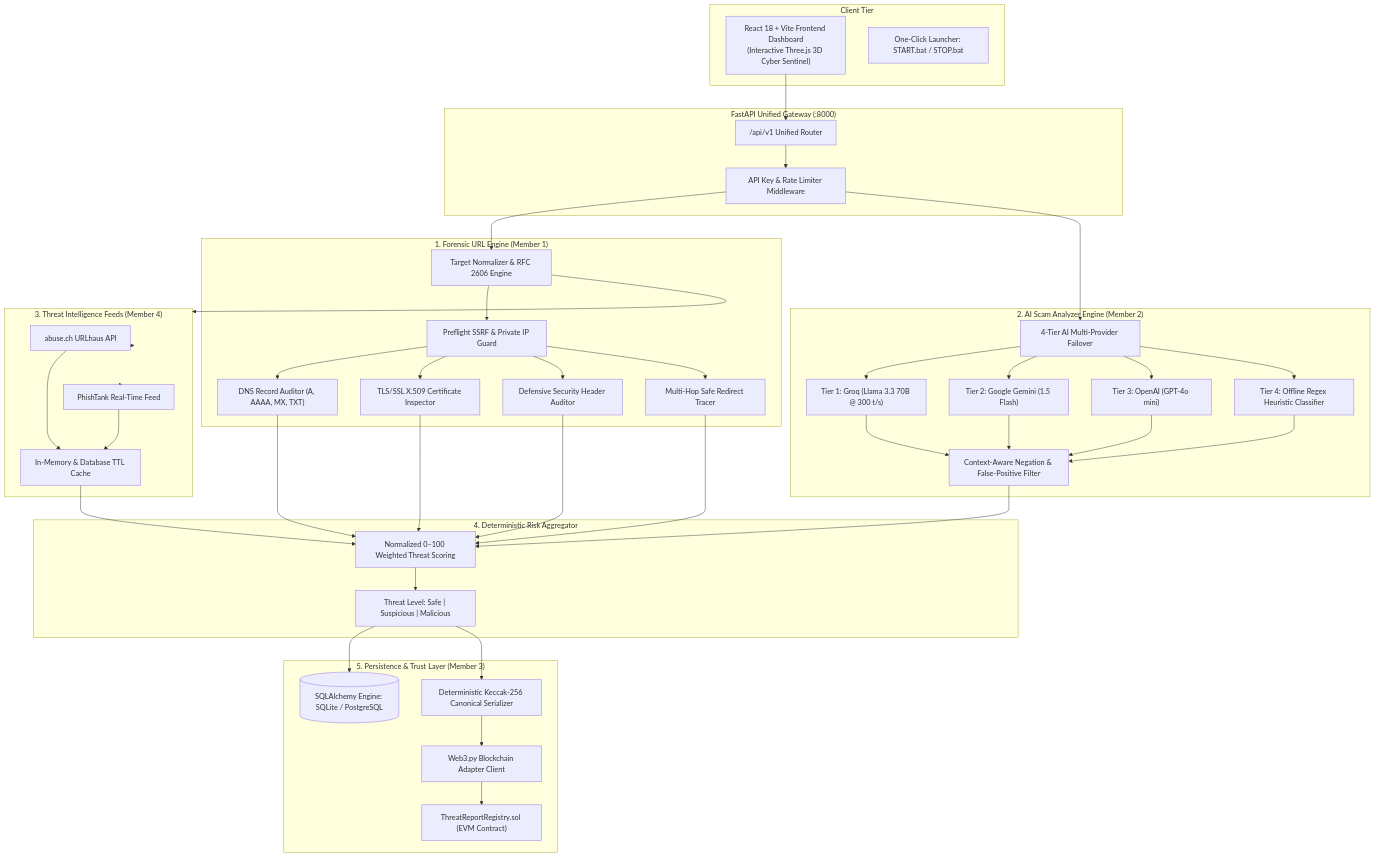
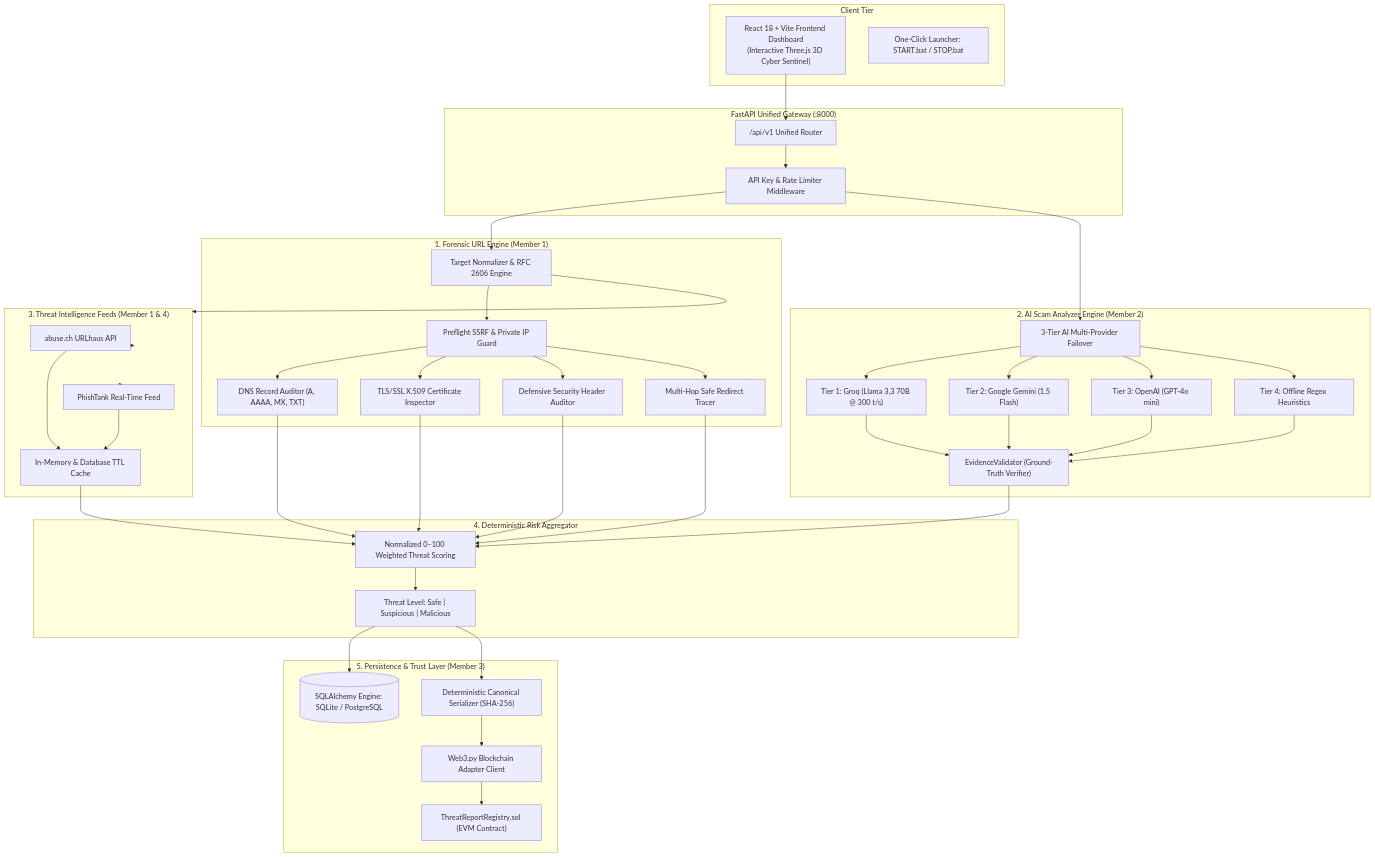
Before and after one commit to Hackathon-korboo/CyberShield-AI-Scam-Analyzer-Module: the diagram in README.md, drawn with Mermaid. The commit also changed other lines of this file and 10 other files, not shown here.

````diff
--- a/README.md
+++ b/README.md
@@ -28,62 +105,62 @@
 ```mermaid
 flowchart TD
     subgraph Client["Client Tier"]
         UI["React 18 + Vite Frontend Dashboard<br/>(Interactive Three.js 3D Cyber Sentinel)"]
         Batch["One-Click Launcher: START.bat / STOP.bat"]
     end
 
     subgraph Gateway["FastAPI Unified Gateway (:8000)"]
         Router["/api/v1 Unified Router"]
         Auth["API Key & Rate Limiter Middleware"]
     end
 
     subgraph Forensic["1. Forensic URL Engine (Member 1)"]
         Normalizer["Target Normalizer & RFC 2606 Engine"]
         SSRF["Preflight SSRF & Private IP Guard"]
         DNS["DNS Record Auditor (A, AAAA, MX, TXT)"]
         TLS["TLS/SSL X.509 Certificate Inspector"]
         Headers["Defensive Security Header Auditor"]
         Redirects["Multi-Hop Safe Redirect Tracer"]
     end
 
     subgraph AI["2. AI Scam Analyzer Engine (Member 2)"]
-        Orchestrator["4-Tier AI Multi-Provider Failover"]
+        Orchestrator["3-Tier AI Multi-Provider Failover"]
         Tier1["Tier 1: Groq (Llama 3.3 70B @ 300 t/s)"]
         Tier2["Tier 2: Google Gemini (1.5 Flash)"]
         Tier3["Tier 3: OpenAI (GPT-4o mini)"]
-        Tier4["Tier 4: Offline Regex Heuristic Classifier"]
-        Negation["Context-Aware Negation & False-Positive Filter"]
+        Tier4["Tier 4: Offline Regex Heuristics"]
+        Validator["EvidenceValidator (Ground-Truth Verifier)"]
     end
 
-    subgraph Intel["3. Threat Intelligence Feeds (Member 4)"]
+    subgraph Intel["3. Threat Intelligence Feeds (Member 1 & 4)"]
         URLhaus["abuse.ch URLhaus API"]
         PhishTank["PhishTank Real-Time Feed"]
         IntelCache["In-Memory & Database TTL Cache"]
     end
 
     subgraph Scoring["4. Deterministic Risk Aggregator"]
         Scorer["Normalized 0–100 Weighted Threat Scoring"]
         Verdict["Threat Level: Safe | Suspicious | Malicious"]
     end
 
     subgraph Persistence["5. Persistence & Trust Layer (Member 3)"]
         DB[("SQLAlchemy Engine: SQLite / PostgreSQL")]
-        Hasher["Deterministic Keccak-256 Canonical Serializer"]
+        Hasher["Deterministic Canonical Serializer (SHA-256)"]
         Web3Adapter["Web3.py Blockchain Adapter Client"]
         SmartContract["ThreatReportRegistry.sol (EVM Contract)"]
     end
 
     UI --> Router
     Router --> Auth
     Auth --> Normalizer
     Normalizer --> SSRF --> DNS & TLS & Headers & Redirects
     Auth --> Orchestrator
     Orchestrator --> Tier1 & Tier2 & Tier3 & Tier4
-    Tier1 & Tier2 & Tier3 & Tier4 --> Negation
+    Tier1 & Tier2 & Tier3 & Tier4 --> Validator
     Normalizer --> Intel
     Intel --> URLhaus & PhishTank --> IntelCache
-    DNS & TLS & Headers & Redirects & Negation & IntelCache --> Scorer
+    DNS & TLS & Headers & Redirects & Validator & IntelCache --> Scorer
     Scorer --> Verdict
     Verdict --> DB
     Verdict --> Hasher --> Web3Adapter --> SmartContract
 ```
````
